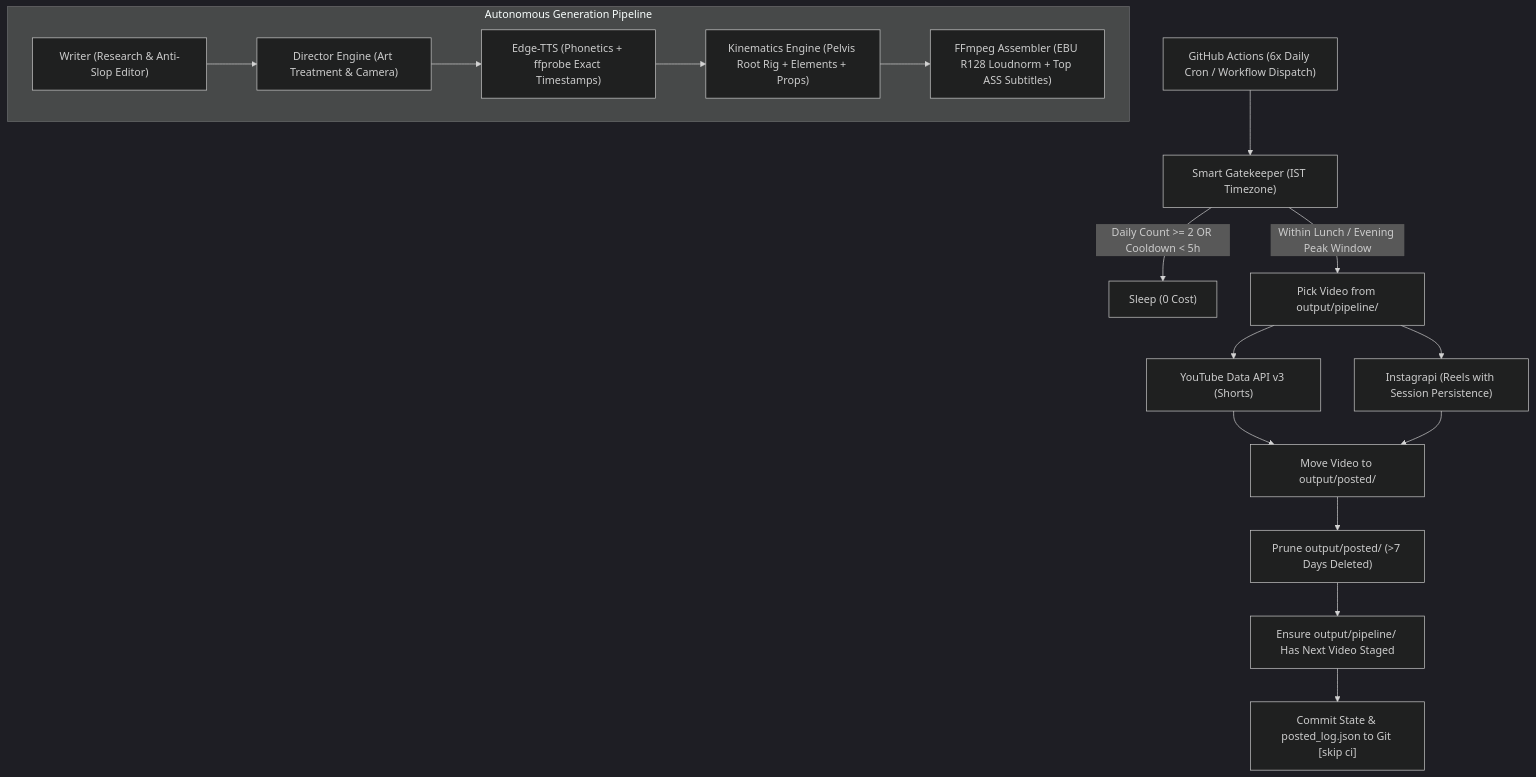
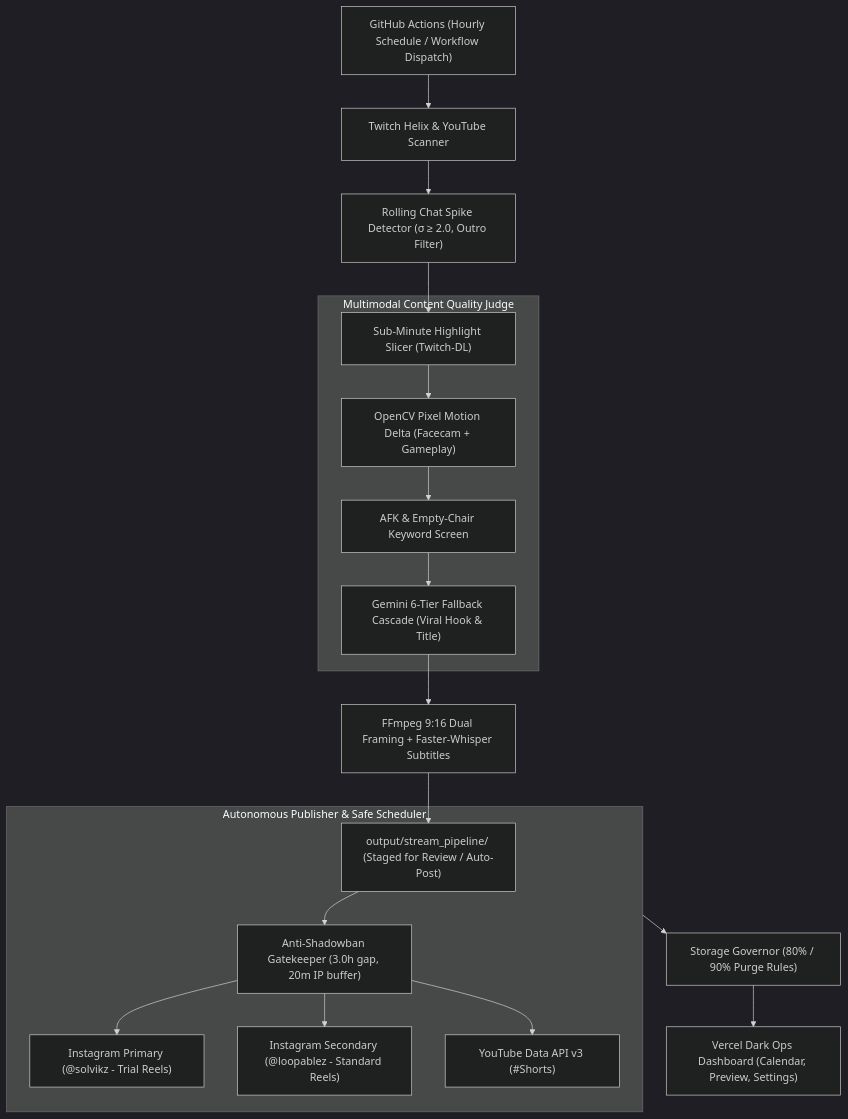
Before and after one commit to Deeptanil/HyperClip-AI: the diagram in README.md, drawn with Mermaid (dark theme). The commit also changed other lines of this file and 6 other files, not shown here.

Commit message:
docs: professional readme, vercel deployment fix (.vercelignore & wsgi entrypoint), and shadowban hazard warning

````diff
--- a/README.md
+++ b/README.md
@@ -43,22 +57,25 @@
 ```mermaid
 flowchart TD
-    GA["GitHub Actions (6x Daily Cron / Workflow Dispatch)"] --> Gate["Smart Gatekeeper (IST Timezone)"]
-    Gate -->|Daily Count >= 2 OR Cooldown < 5h| Skip["Sleep (0 Cost)"]
-    Gate -->|Within Lunch / Evening Peak Window| Post["Pick Video from output/pipeline/"]
-
-    subgraph Video_Generation ["Autonomous Generation Pipeline"]
-        W["Writer (Research & Anti-Slop Editor)"] --> Dir["Director Engine (Art Treatment & Camera)"]
-        Dir --> TTS["Edge-TTS (Phonetics + ffprobe Exact Timestamps)"]
-        TTS --> Kine["Kinematics Engine (Pelvis Root Rig + Elements + Props)"]
-        Kine --> FF["FFmpeg Assembler (EBU R128 Loudnorm + Top ASS Subtitles)"]
+    GHA["GitHub Actions (Hourly Schedule / Workflow Dispatch)"] --> Scan["Twitch Helix & YouTube Scanner"]
+    Scan --> Hype["Rolling Chat Spike Detector (σ ≥ 2.0, Outro Filter)"]
+    Hype --> Slicer["Sub-Minute Highlight Slicer (Twitch-DL)"]
+    
+    subgraph AI_Multimodal_Judge ["Multimodal Content Quality Judge"]
+        Slicer --> CV["OpenCV Pixel Motion Delta (Facecam + Gameplay)"]
+        CV --> AFK["AFK & Empty-Chair Keyword Screen"]
+        AFK --> Gem["Gemini 6-Tier Fallback Cascade (Viral Hook & Title)"]
     end
 
-    Post --> YT["YouTube Data API v3 (Shorts)"]
-    Post --> IG["Instagrapi (Reels with Session Persistence)"]
-    
-    YT --> Move["Move Video to output/posted/"]
-    IG --> Move
-    Move --> Prune["Prune output/posted/ (>7 Days Deleted)"]
-    Prune --> Staged["Ensure output/pipeline/ Has Next Video Staged"]
-    Staged --> Commit["Commit State & posted_log.json to Git [skip ci]"]
+    Gem --> Render["FFmpeg 9:16 Dual Framing + Faster-Whisper Subtitles"]
+    Render --> Staged["output/stream_pipeline/ (Staged for Review / Auto-Post)"]
+
+    subgraph Publisher_Engine ["Autonomous Publisher & Safe Scheduler"]
+        Staged --> Shield["Anti-Shadowban Gatekeeper (3.0h gap, 20m IP buffer)"]
+        Shield --> IG1["Instagram Primary (@solvikz - Trial Reels)"]
+        Shield --> IG2["Instagram Secondary (@loopablez - Standard Reels)"]
+        Shield --> YT["YouTube Data API v3 (#Shorts)"]
+    end
+
+    Publisher_Engine --> Gov["Storage Governor (80% / 90% Purge Rules)"]
+    Gov --> Vercel["Vercel Dark Ops Dashboard (Calendar, Preview, Settings)"]
 ```
````
